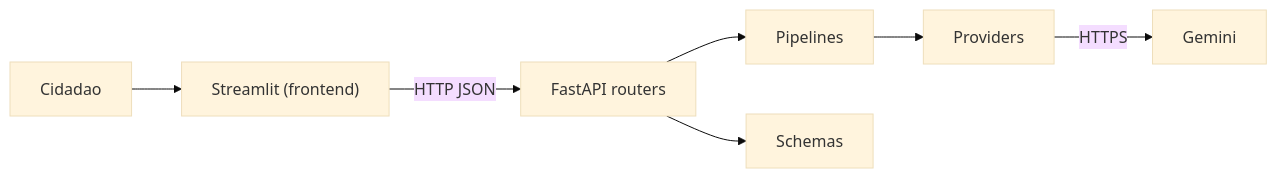
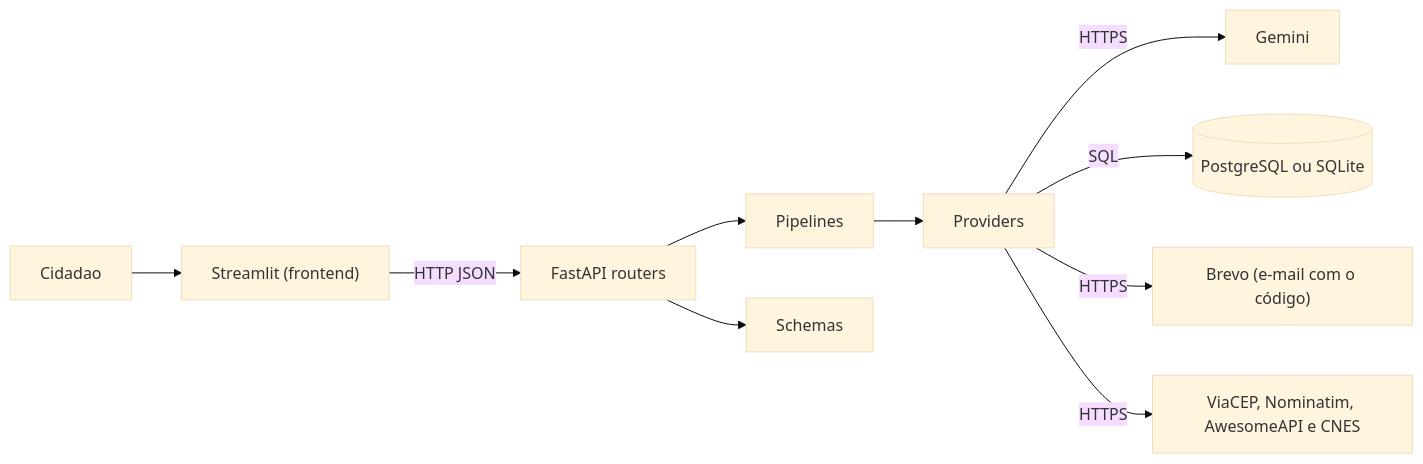
One commit to guilhermegamabs/global-solution-front-end-citizen-tech changed the diagram in README.md. Above: the diagram before and after it, drawn with Mermaid (base theme). The commit also changed other lines of this file, not shown here.

````diff
--- a/README.md
+++ b/README.md
@@ -74,9 +74,12 @@
 ```mermaid
 flowchart LR
     Cidadao --> Front["Streamlit (frontend)"]
     Front -->|HTTP JSON| Routers["FastAPI routers"]
     Routers --> Pipelines
     Pipelines --> Providers
     Providers -->|HTTPS| Gemini
+    Providers -->|SQL| Banco[("PostgreSQL ou SQLite")]
+    Providers -->|HTTPS| Brevo["Brevo (e-mail com o código)"]
+    Providers -->|HTTPS| Dados["ViaCEP, Nominatim, AwesomeAPI e CNES"]
     Routers --> Schemas
 ```
````
